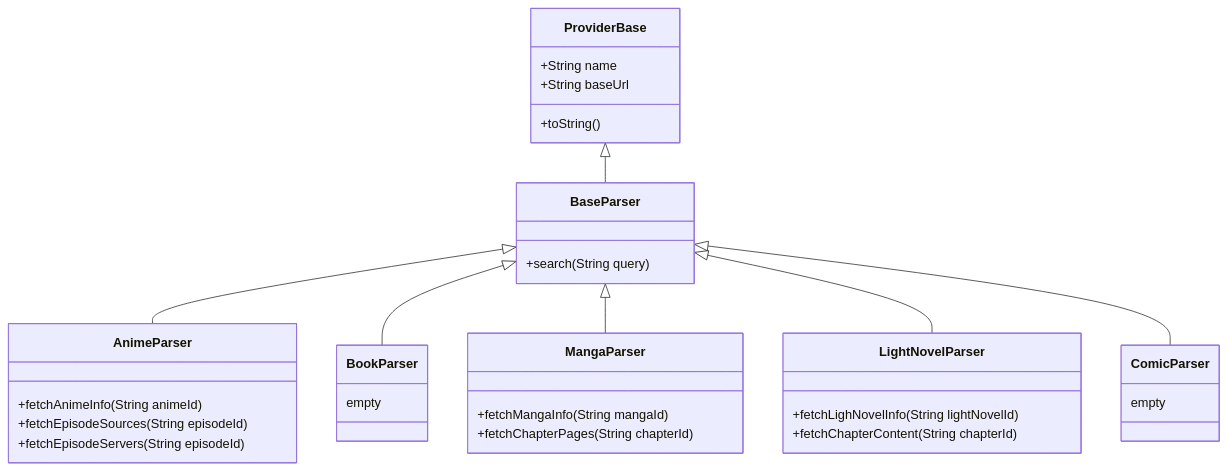
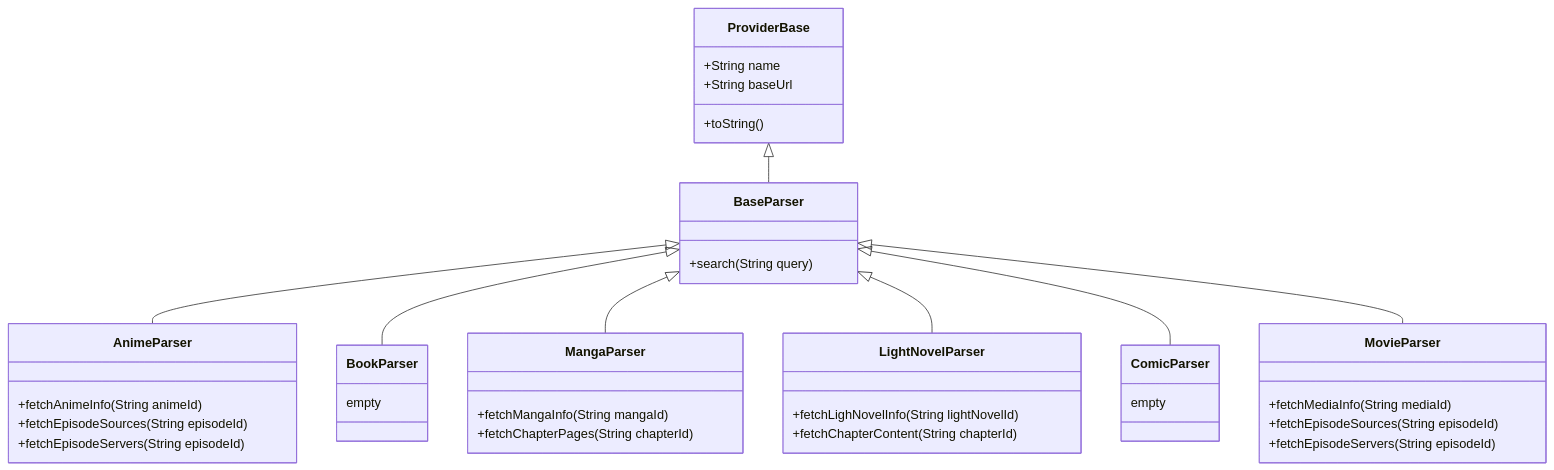
The diagram in CONTRIBUTING.md (consumet/consumet.ts), drawn with Mermaid before and after one commit. The commit also changed other lines of this file and 11 other files, not shown here.

````diff
--- a/CONTRIBUTING.md
+++ b/CONTRIBUTING.md
@@ -47,34 +57,40 @@
    ```mermaid
    classDiagram
          ProviderBase <|-- BaseParser
          ProviderBase : +String name
          ProviderBase : +String baseUrl
          ProviderBase: +toString()
          BaseParser <|-- AnimeParser
          BaseParser <|-- BookParser
          BaseParser <|-- MangaParser
          BaseParser <|-- LightNovelParser
          BaseParser <|-- ComicParser
+         BaseParser <|-- MovieParser
          class BaseParser{
             +search(String query)
          }
          class AnimeParser{
             +fetchAnimeInfo(String animeId)
+            +fetchEpisodeSources(String episodeId)
+            +fetchEpisodeServers(String episodeId)
+         }
+         class MovieParser{
+            +fetchMediaInfo(String mediaId)
             +fetchEpisodeSources(String episodeId)
             +fetchEpisodeServers(String episodeId)
          }
          class BookParser{
             empty
          }
          class MangaParser{
             +fetchMangaInfo(String mangaId)
             +fetchChapterPages(String chapterId)
          }
          class ComicParser{
             empty
          }
          class LightNovelParser{
             +fetchLighNovelInfo(String lightNovelId)
             +fetchChapterContent(String chapterId)
          }
    ```
````
